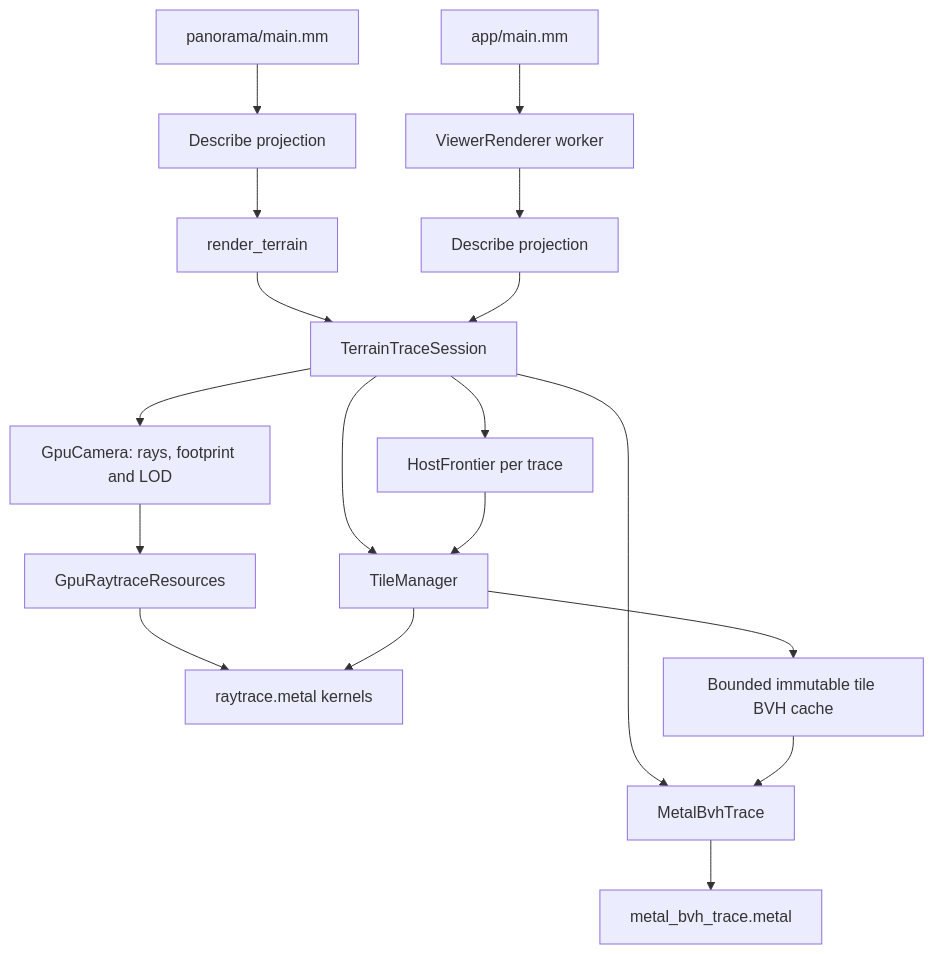
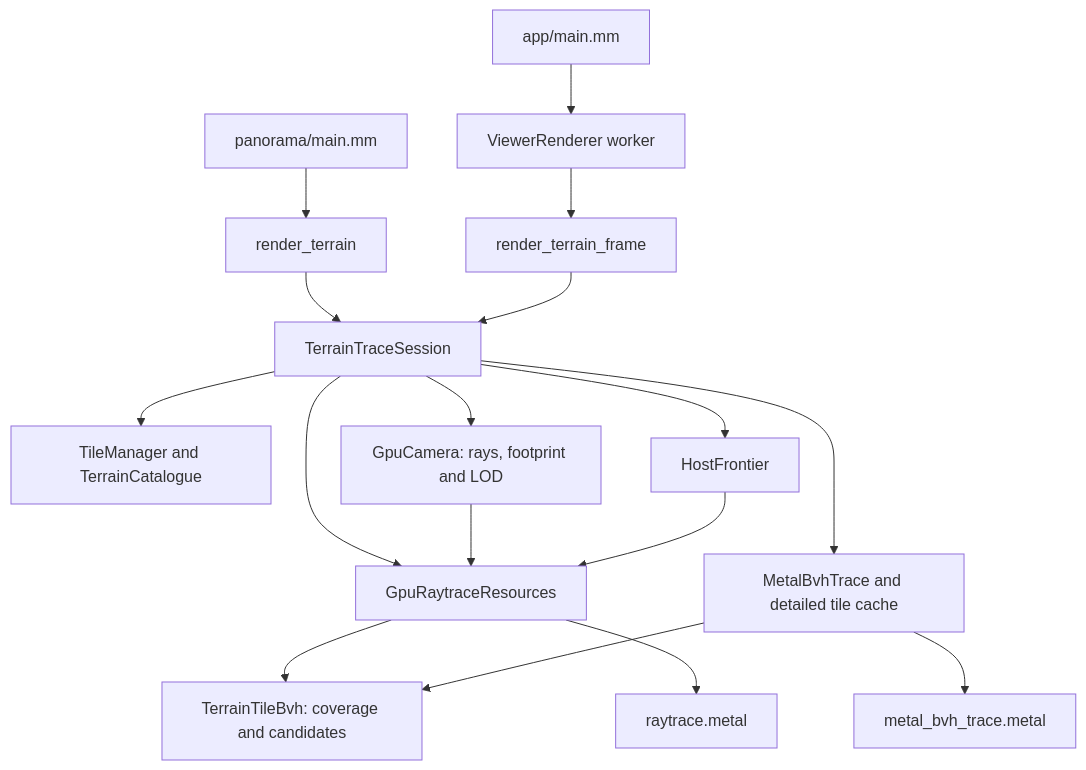
The first of 3 diagrams in src/README.md (OaHolroyd/panorama), drawn with Mermaid before and after one commit. The commit also changed other lines of this file and 2 other files, not shown here.

````diff
--- a/src/README.md
+++ b/src/README.md
@@ -33,22 +25,20 @@
 ```mermaid
 flowchart TD
-    CLI[panorama/main.mm] --> RP[Describe projection]
-    RP --> RT[render_terrain]
+    CLI[panorama/main.mm] --> RT[render_terrain]
     RT --> SESSION[TerrainTraceSession]
+    APP[app/main.mm] --> VR[ViewerRenderer worker]
+    VR --> PRODUCER[render_terrain_frame]
+    PRODUCER --> SESSION
 
-    APP[app/main.mm] --> VR[ViewerRenderer worker]
-    VR --> ARP[Describe projection]
-    ARP --> SESSION
-
-    SESSION --> TM[TileManager]
+    SESSION --> TM[TileManager and TerrainCatalogue]
     SESSION --> CAM[GpuCamera: rays, footprint and LOD]
-    CAM --> GPU[GpuRaytraceResources]
-    SESSION --> HF[HostFrontier per trace]
-    GPU --> MK[raytrace.metal kernels]
-    TM --> MK
-    HF --> TM
-    SESSION --> BVH[MetalBvhTrace]
-    TM --> CACHE[Bounded immutable tile BVH cache]
-    CACHE --> BVH
+    SESSION --> GPU[GpuRaytraceResources]
+    CAM --> GPU
+    GPU --> CATALOGUE[TerrainTileBvh: coverage and candidates]
+    SESSION --> HF[HostFrontier]
+    HF --> GPU
+    GPU --> MIPMAP[raytrace.metal]
+    SESSION --> BVH[MetalBvhTrace and detailed tile cache]
+    BVH --> CATALOGUE
     BVH --> HW[metal_bvh_trace.metal]
 ```
````
